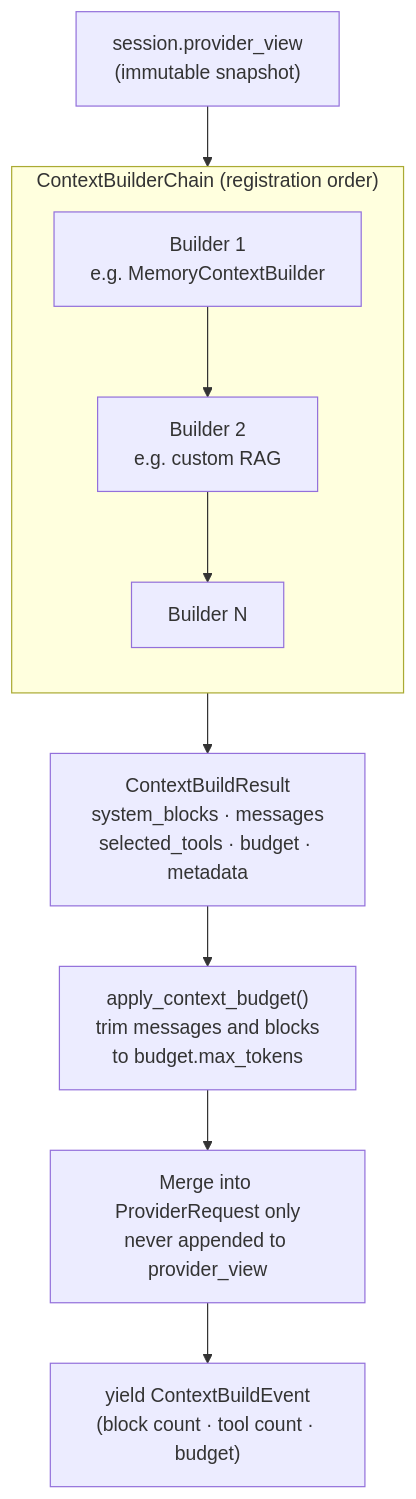
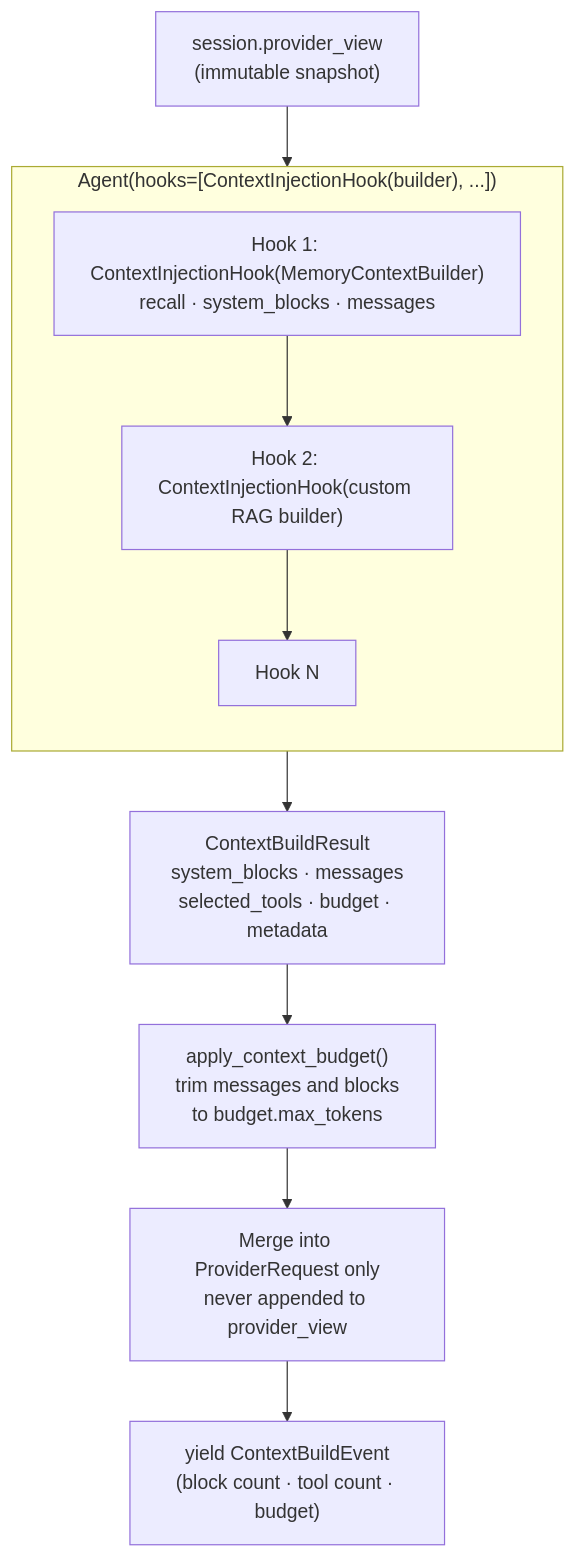
Before and after one commit to DuyTa506/linch: the sixth of 14 diagrams in docs/architecture.md, drawn with Mermaid. The commit also changed other lines of this file and 10 other files, not shown here.

````diff
--- a/docs/architecture.md
+++ b/docs/architecture.md
@@ -307,22 +309,22 @@
 ```mermaid
 flowchart TD
     SNAP["session.provider_view\n(immutable snapshot)"]
 
-    subgraph Chain["ContextBuilderChain (registration order)"]
+    subgraph Hook["Agent(hooks=[ContextInjectionHook(builder), ...])"]
         direction TB
-        B1["Builder 1\ne.g. MemoryContextBuilder"]
-        B2["Builder 2\ne.g. custom RAG"]
-        BN["Builder N"]
+        B1["Hook 1: ContextInjectionHook(MemoryContextBuilder)\nrecall · system_blocks · messages"]
+        B2["Hook 2: ContextInjectionHook(custom RAG builder)"]
+        BN["Hook N"]
         B1 --> B2 --> BN
     end
 
     CBR["ContextBuildResult\nsystem_blocks · messages\nselected_tools · budget · metadata"]
 
     BUDGET["apply_context_budget()\ntrim messages and blocks\nto budget.max_tokens"]
 
     MERGE["Merge into ProviderRequest only\nnever appended to provider_view"]
 
     EVENT["yield ContextBuildEvent\n(block count · tool count · budget)"]
 
-    SNAP --> Chain --> CBR --> BUDGET --> MERGE --> EVENT
+    SNAP --> Hook --> CBR --> BUDGET --> MERGE --> EVENT
 ```
````
